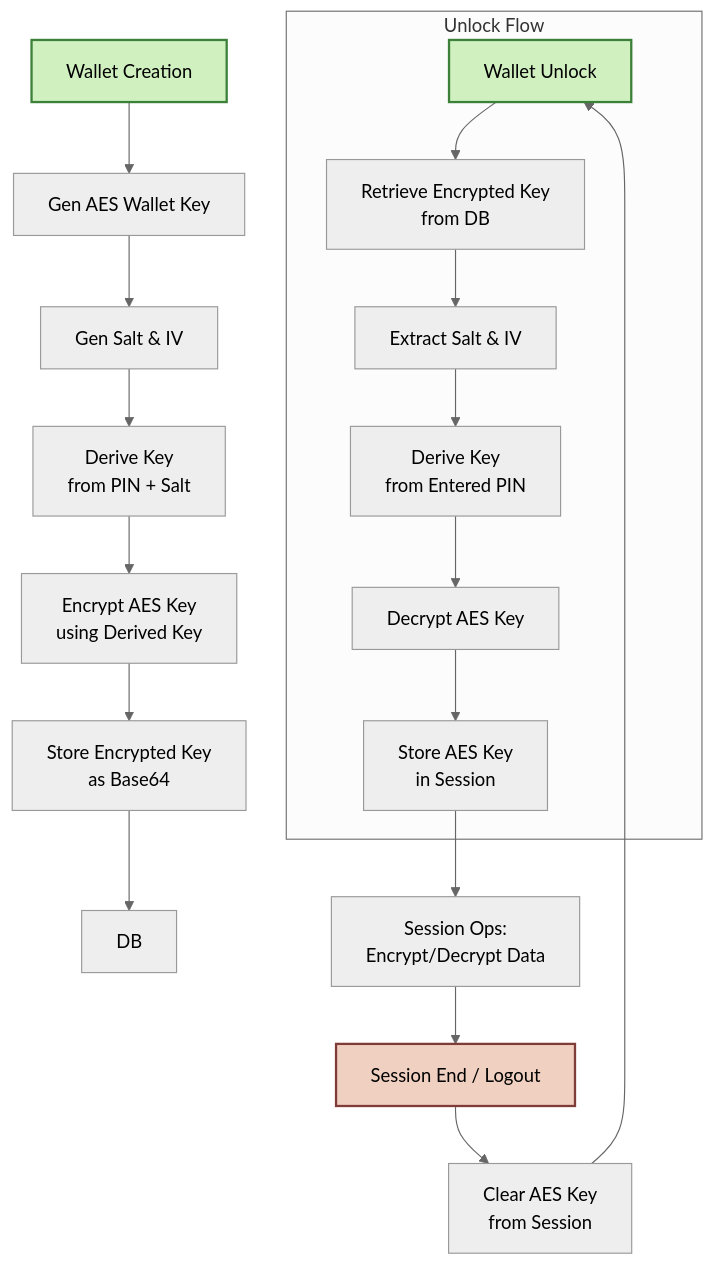
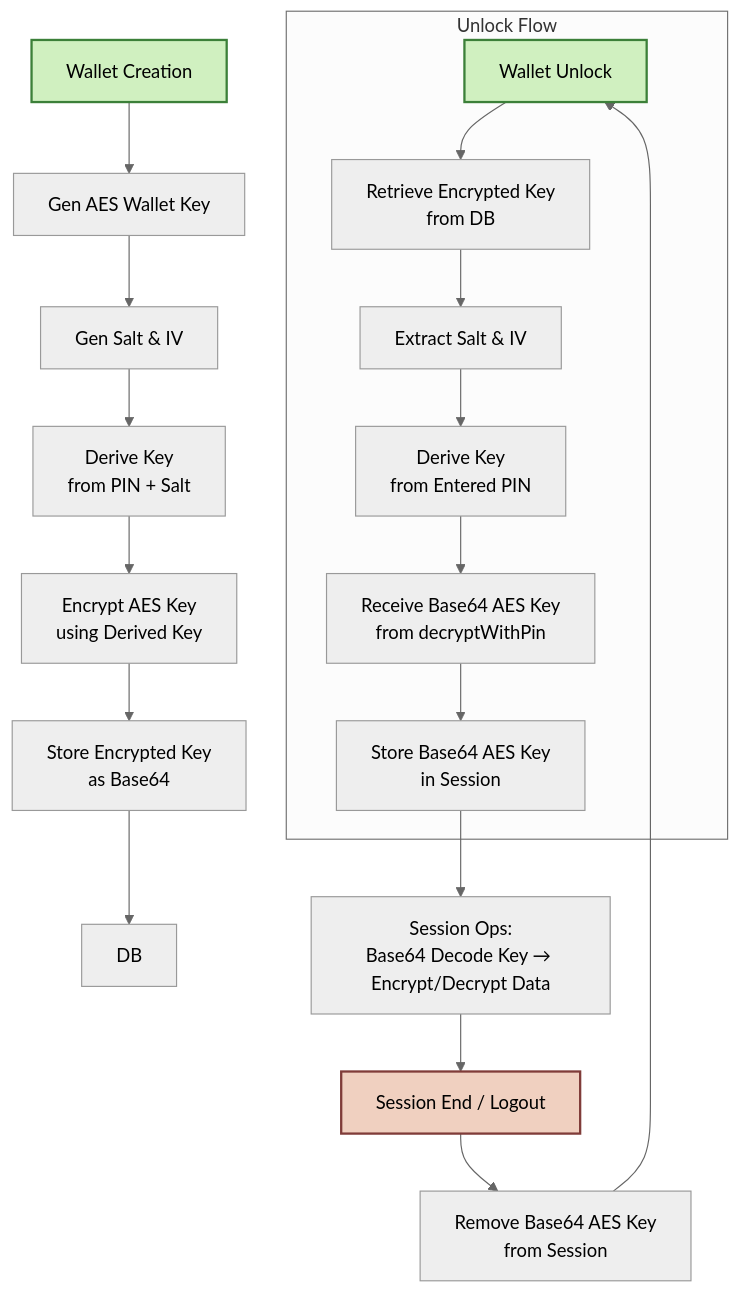
One commit to injibr/mimoto changed the diagram in docs/UserDataEncryptionWithPinBasedKey.md. Above: the diagram before and after it, drawn with Mermaid (neutral theme). The commit also changed other lines of this file, not shown here.

Commit message:
injiweb-1553 updated with base64 AES key

````diff
--- a/docs/UserDataEncryptionWithPinBasedKey.md
+++ b/docs/UserDataEncryptionWithPinBasedKey.md
@@ -69,31 +69,31 @@
 ```mermaid
 flowchart TD
 %% Wallet Creation Flow
 A[Wallet Creation] --> B[Gen AES Wallet Key]
 B --> C[Gen Salt & IV]
 C --> D[Derive Key<br>from PIN + Salt]
 D --> E[Encrypt AES Key<br>using Derived Key]
 E --> F[Store Encrypted Key<br>as Base64]
 F --> G[DB]
 
     %% Wallet Unlock Subgraph
     subgraph Unlock Flow
         H[Wallet Unlock] --> I[Retrieve Encrypted Key<br>from DB]
         I --> J[Extract Salt & IV]
         J --> K[Derive Key<br>from Entered PIN]
-        K --> L[Decrypt AES Key]
-        L --> M[Store AES Key<br>in Session]
+        K --> L[Receive Base64 AES Key<br>from decryptWithPin]
+        L --> M[Store Base64 AES Key<br>in Session]
     end
 
     %% Session Operations
-    M --> N[Session Ops:<br>Encrypt/Decrypt Data]
+    M --> N[Session Ops:<br>Base64 Decode Key → Encrypt/Decrypt Data]
     N --> O[Session End / Logout]
-    O --> P[Clear AES Key<br>from Session]
+    O --> P[Remove Base64 AES Key<br>from Session]
     P --> H
 
     %% Style classes
     classDef styleA fill:#D0F0C0,stroke:#3C8039,stroke-width:2px;
     classDef styleP fill:#F0D0C0,stroke:#803C39,stroke-width:2px;
     class A,H styleA
     class O styleP
 ```
````
